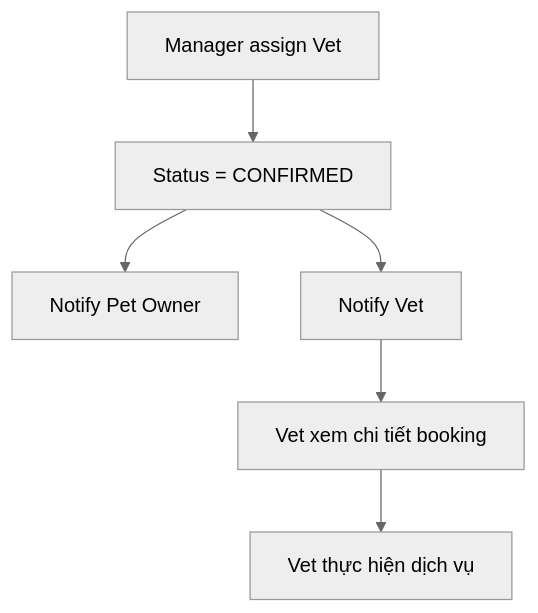
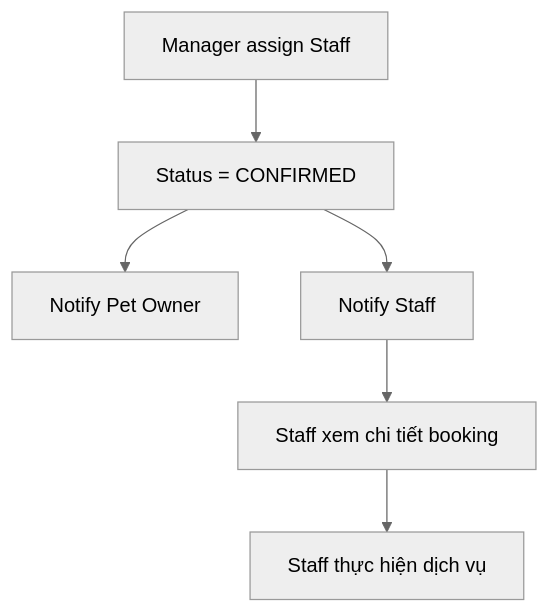
Before and after one commit to espresso23/Petties-Veterinary-Appointment-Booking-Platform: the fourth of 5 diagrams in docs-references/documentation/VET_SCHEDULING_STRATEGY.md, drawn with Mermaid (neutral theme). The commit also changed other lines of this file and 204 other files, not shown here.

First line of the commit message:
refactor(all): complete vet→staff naming migration across codebase

````diff
--- a/docs-references/documentation/VET_SCHEDULING_STRATEGY.md
+++ b/docs-references/documentation/VET_SCHEDULING_STRATEGY.md
@@ -265,8 +266,8 @@
 ```mermaid
 flowchart TB
-    A["Manager assign Vet"] --> B["Status = CONFIRMED"]
+    A["Manager assign Staff"] --> B["Status = CONFIRMED"]
     B --> C["Notify Pet Owner"]
-    B --> D["Notify Vet"]
-    D --> E["Vet xem chi tiết booking"]
-    E --> F["Vet thực hiện dịch vụ"]
+    B --> D["Notify Staff"]
+    D --> E["Staff xem chi tiết booking"]
+    E --> F["Staff thực hiện dịch vụ"]
 ```
````
